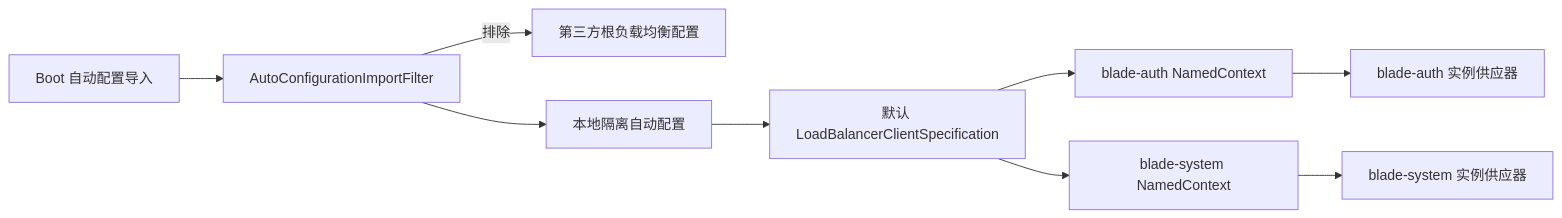
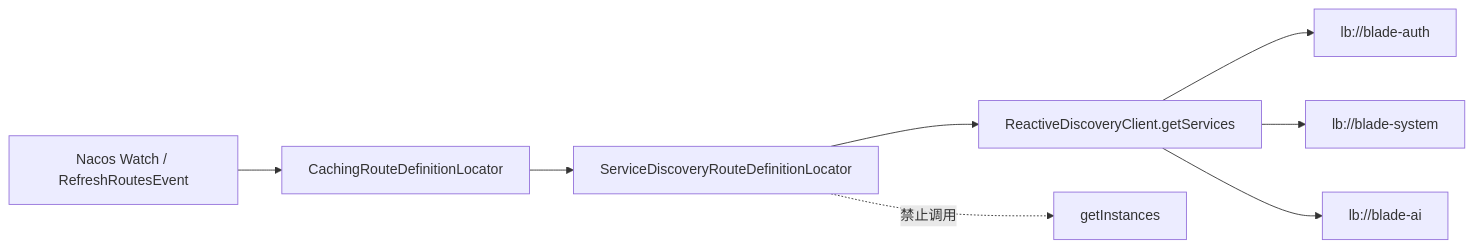
The first of 2 diagrams in doc/design/DESIGN-REQ-2026-007-loadbalancer-isolation.md (anInterestingName/SpringBlade), drawn with Mermaid before and after one commit. The commit also changed other lines of this file and 6 other files, not shown here.

````diff
--- a/doc/design/DESIGN-REQ-2026-007-loadbalancer-isolation.md
+++ b/doc/design/DESIGN-REQ-2026-007-loadbalancer-isolation.md
@@ -51,11 +51,10 @@
 ```mermaid
 flowchart LR
-    Boot[Boot 自动配置导入] --> Filter[AutoConfigurationImportFilter]
-    Filter -->|排除| Vendor[第三方根负载均衡配置]
-    Filter --> Local[本地隔离自动配置]
-    Local --> Spec[默认 LoadBalancerClientSpecification]
-    Spec --> AuthCtx[blade-auth NamedContext]
-    Spec --> SystemCtx[blade-system NamedContext]
-    AuthCtx --> AuthSupplier[blade-auth 实例供应器]
-    SystemCtx --> SystemSupplier[blade-system 实例供应器]
+    Watch[Nacos Watch / RefreshRoutesEvent] --> Cache[CachingRouteDefinitionLocator]
+    Cache --> Local[ServiceDiscoveryRouteDefinitionLocator]
+    Local --> Services[ReactiveDiscoveryClient.getServices]
+    Services --> AuthRoute[lb://blade-auth]
+    Services --> SystemRoute[lb://blade-system]
+    Services --> AiRoute[lb://blade-ai]
+    Local -. 禁止调用 .-> Instances[getInstances]
 ```
````
